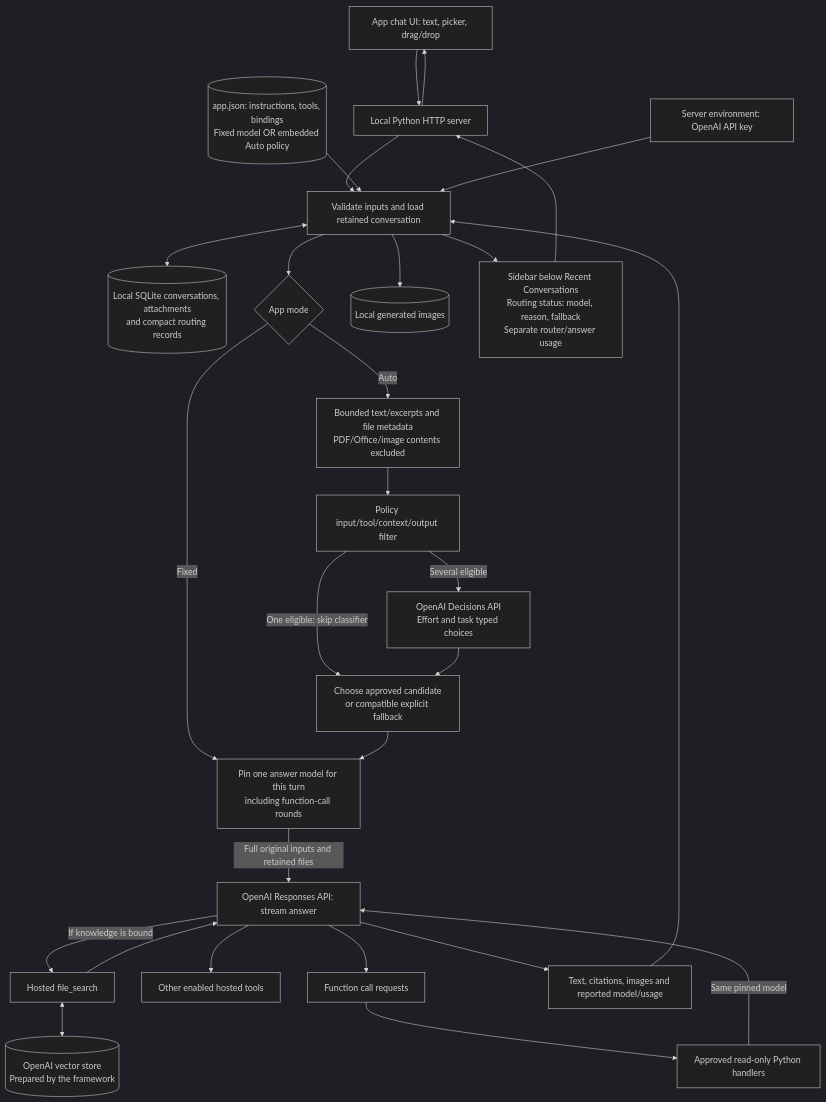
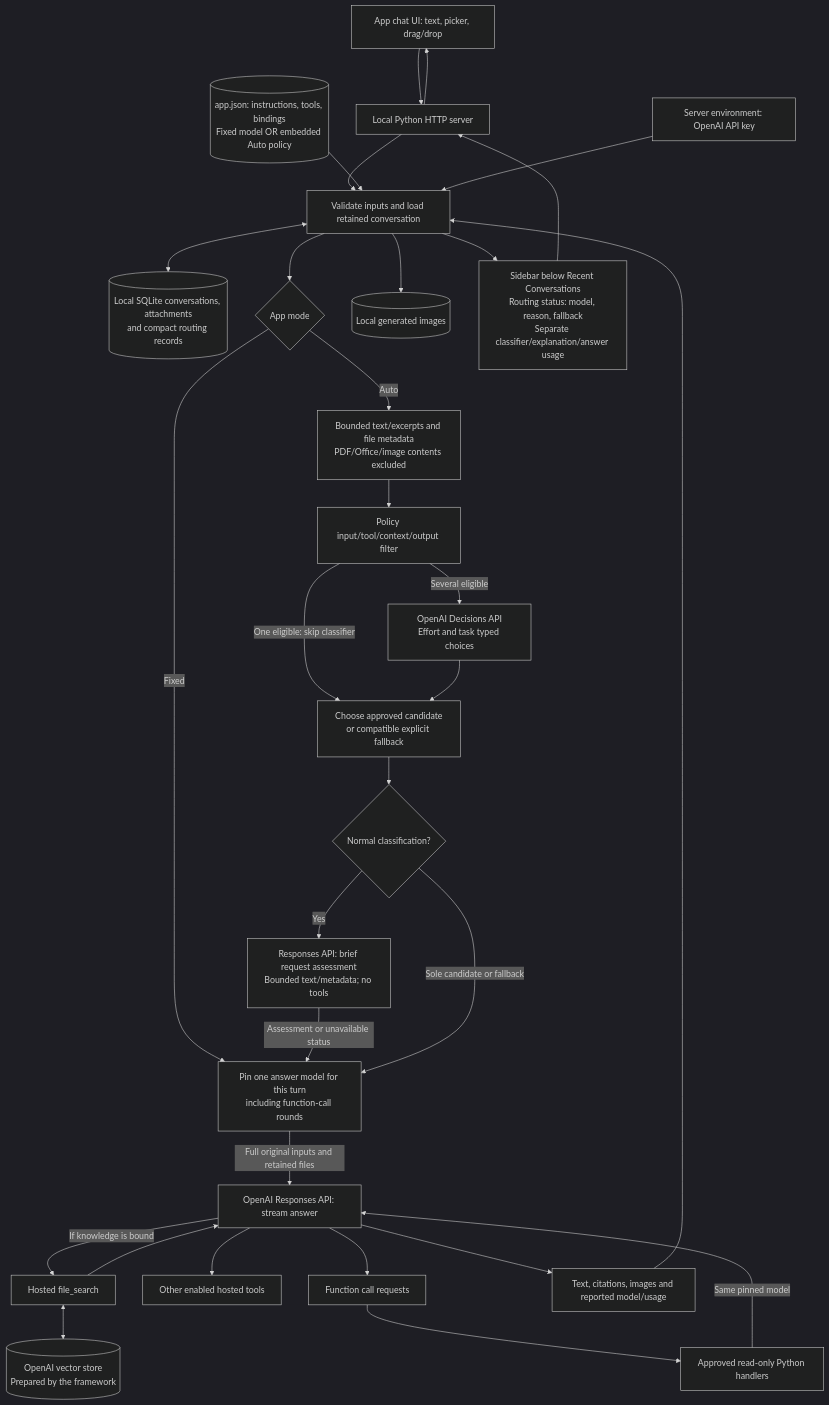
Before and after one commit to skarlekar/ai-app-studio: the second of 2 diagrams in README.md, drawn with Mermaid (dark theme). The commit also changed other lines of this file and 15 other files, not shown here.

Commit message:
feat: explain model selections with prompt-specific assessments

````diff
--- a/README.md
+++ b/README.md
@@ -588,30 +602,33 @@
 ```mermaid
 flowchart TD
     Browser[App chat UI: text, picker, drag/drop] --> HTTP[Local Python HTTP server]
     HTTP --> Runtime[Validate inputs and load retained conversation]
     Manifest[(app.json: instructions, tools, bindings<br/>Fixed model OR embedded Auto policy)] --> Runtime
     Environment[Server environment: OpenAI API key] --> Runtime
     Runtime <--> SQLite[(Local SQLite conversations, attachments<br/>and compact routing records)]
     Runtime --> Mode{App mode}
     Mode -->|Fixed| Pin[Pin one answer model for this turn<br/>including function-call rounds]
     Mode -->|Auto| Evidence[Bounded text/excerpts and file metadata<br/>PDF/Office/image contents excluded]
     Evidence --> Filter[Policy input/tool/context/output filter]
     Filter -->|Several eligible| Decisions[OpenAI Decisions API<br/>Effort and task typed choices]
     Filter -->|One eligible: skip classifier| Select[Choose approved candidate<br/>or compatible explicit fallback]
     Decisions --> Select
-    Select --> Pin
+    Select --> ExplainWhen{Normal classification?}
+    ExplainWhen -->|Yes| Explain[Responses API: brief request assessment<br/>Bounded text/metadata; no tools]
+    Explain -->|Assessment or unavailable status| Pin
+    ExplainWhen -->|Sole candidate or fallback| Pin
     Pin -->|Full original inputs and retained files| Responses[OpenAI Responses API: stream answer]
     Responses -->|If knowledge is bound| FileSearch[Hosted file_search]
     FileSearch <--> Knowledge[(OpenAI vector store<br/>Prepared by the framework)]
     FileSearch --> Responses
     Responses --> Hosted[Other enabled hosted tools]
     Responses --> Calls[Function call requests]
     Calls --> Registry[Approved read-only Python handlers]
     Registry -->|Same pinned model| Responses
     Responses --> Results[Text, citations, images and reported model/usage]
     Results --> Runtime
     Runtime --> Assets[(Local generated images)]
-    Runtime --> Status[Sidebar below Recent Conversations<br/>Routing status: model, reason, fallback<br/>Separate router/answer usage]
+    Runtime --> Status[Sidebar below Recent Conversations<br/>Routing status: model, reason, fallback<br/>Separate classifier/explanation/answer usage]
     Status --> HTTP
     HTTP --> Browser
 ```
````
